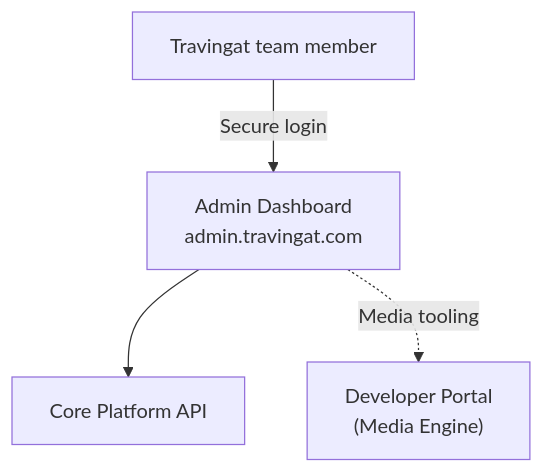
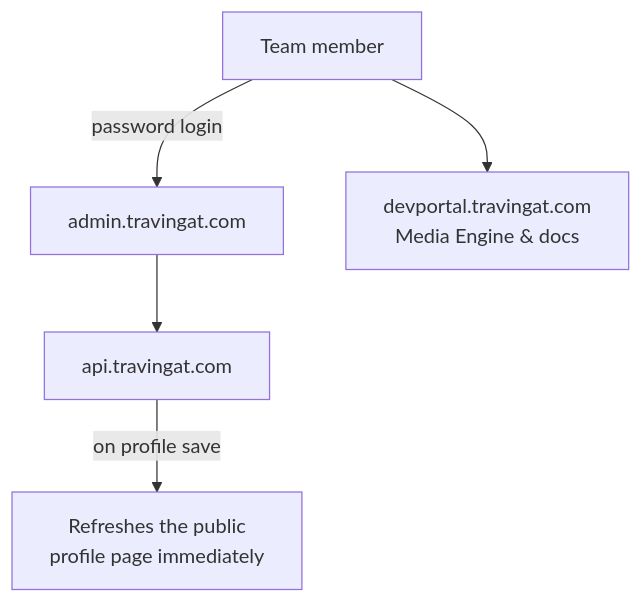
One commit to ss-travingat/devportal changed the first of 3 diagrams in src/docs/Admin-Platform.md. Above: the diagram before and after it, drawn with Mermaid. The commit also changed other lines of this file and 7 other files, not shown here.

````diff
--- a/src/docs/Admin-Platform.md
+++ b/src/docs/Admin-Platform.md
@@ -13,6 +13,7 @@
 ```mermaid
 flowchart TD
-    Admin["Travingat team member"] -->|Secure login| Dashboard["Admin Dashboard\nadmin.travingat.com"]
-    Dashboard --> Backend["Core Platform API"]
-    Dashboard -.->|Media tooling| DevPortal["Developer Portal\n(Media Engine)"]
+    Staff["Team member"] -->|password login| Admin["admin.travingat.com"]
+    Admin --> API["api.travingat.com"]
+    Staff --> Dev["devportal.travingat.com\nMedia Engine & docs"]
+    API -->|on profile save| Reval["Refreshes the public\nprofile page immediately"]
 ```
````
